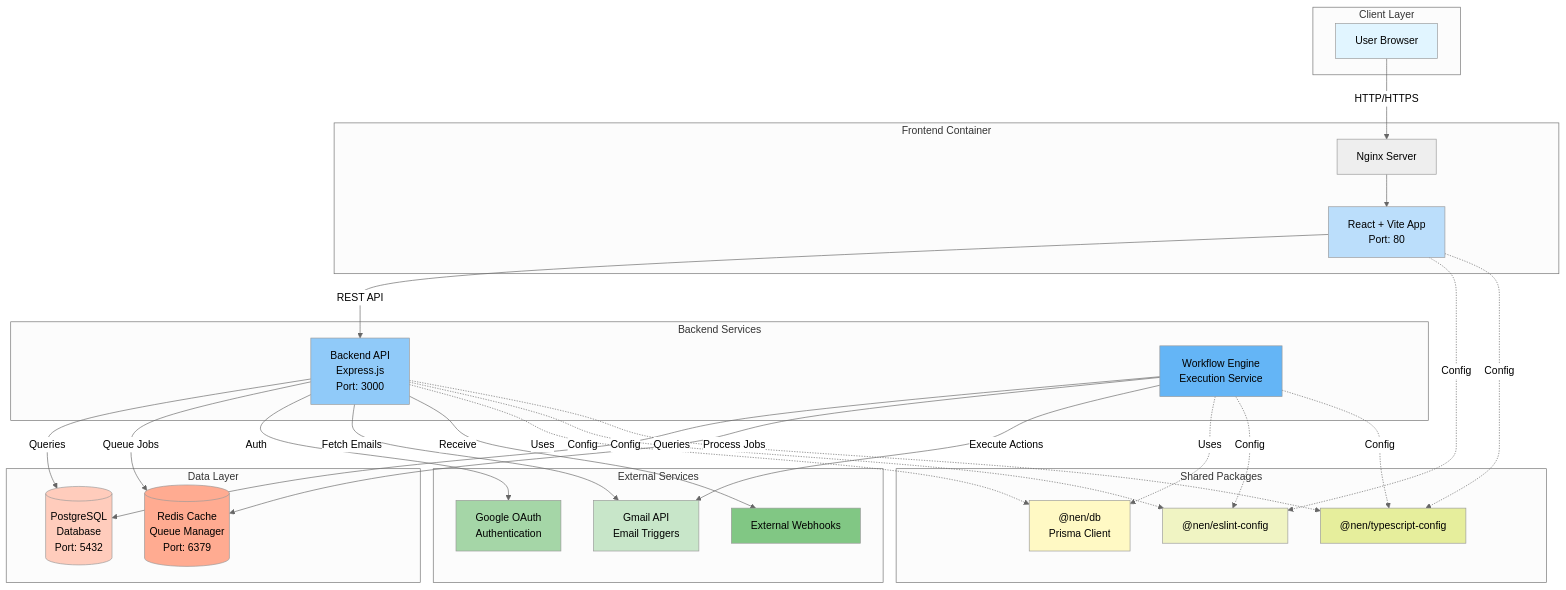
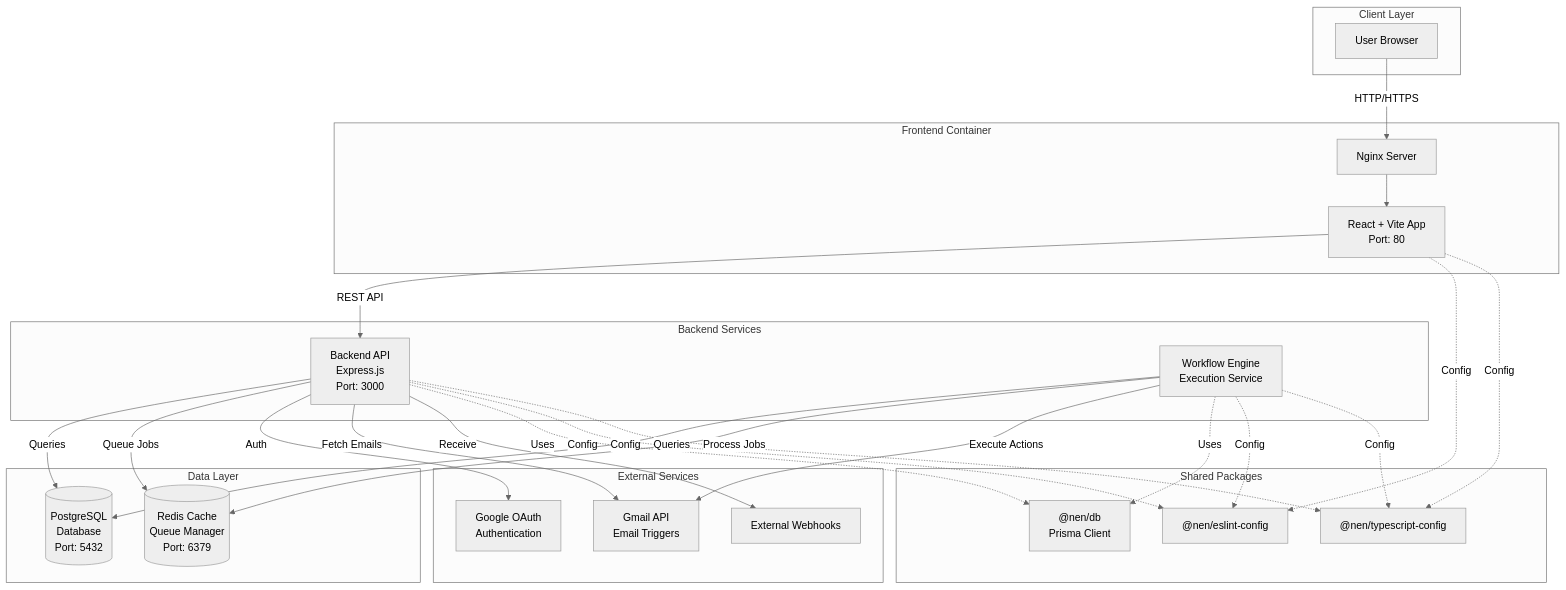
Before and after one commit to JagjeevanAK/nEn: the diagram in README.md, drawn with Mermaid (neutral theme).

Commit message:
fixed README FILE

````diff
--- a/README.md
+++ b/README.md
@@ -7,69 +7,56 @@
 ```mermaid
 graph TB
     subgraph Client["Client Layer"]
         User[User Browser]
     end
 
     subgraph FrontendLayer["Frontend Container"]
         Frontend["React + Vite App<br/>Port: 80"]
         Nginx[Nginx Server]
     end
 
     subgraph BackendServices["Backend Services"]
         Backend["Backend API<br/>Express.js<br/>Port: 3000"]
         Engine["Workflow Engine<br/>Execution Service"]
     end
 
     subgraph DataLayer["Data Layer"]
         PostgreSQL[("PostgreSQL<br/>Database<br/>Port: 5432")]
         Redis[("Redis Cache<br/>Queue Manager<br/>Port: 6379")]
     end
 
     subgraph External["External Services"]
         Gmail["Gmail API<br/>Email Triggers"]
         OAuth["Google OAuth<br/>Authentication"]
         Webhooks[External Webhooks]
     end
 
     subgraph Packages["Shared Packages"]
         DBPackage["@nen/db<br/>Prisma Client"]
         ESLintPkg["@nen/eslint-config"]
         TSConfigPkg["@nen/typescript-config"]
     end
 
     User -->|HTTP/HTTPS| Nginx
     Nginx --> Frontend
     Frontend -->|REST API| Backend
     
     Backend -->|Queries| PostgreSQL
     Backend -->|Queue Jobs| Redis
     Backend -->|Auth| OAuth
     Backend -->|Fetch Emails| Gmail
     Backend -->|Receive| Webhooks
     
     Engine -->|Queries| PostgreSQL
     Engine -->|Process Jobs| Redis
     Engine -->|Execute Actions| Gmail
     
     Backend -.->|Uses| DBPackage
     Engine -.->|Uses| DBPackage
     Backend -.->|Config| ESLintPkg
     Backend -.->|Config| TSConfigPkg
     Engine -.->|Config| ESLintPkg
     Engine -.->|Config| TSConfigPkg
     Frontend -.->|Config| ESLintPkg
     Frontend -.->|Config| TSConfigPkg
-
-    style User fill:#e1f5ff
-    style Frontend fill:#bbdefb
-    style Backend fill:#90caf9
-    style Engine fill:#64b5f6
-    style PostgreSQL fill:#ffccbc
-    style Redis fill:#ffab91
-    style Gmail fill:#c8e6c9
-    style OAuth fill:#a5d6a7
-    style Webhooks fill:#81c784
-    style DBPackage fill:#fff9c4
-    style ESLintPkg fill:#f0f4c3
-    style TSConfigPkg fill:#e6ee9c
 ```
````
